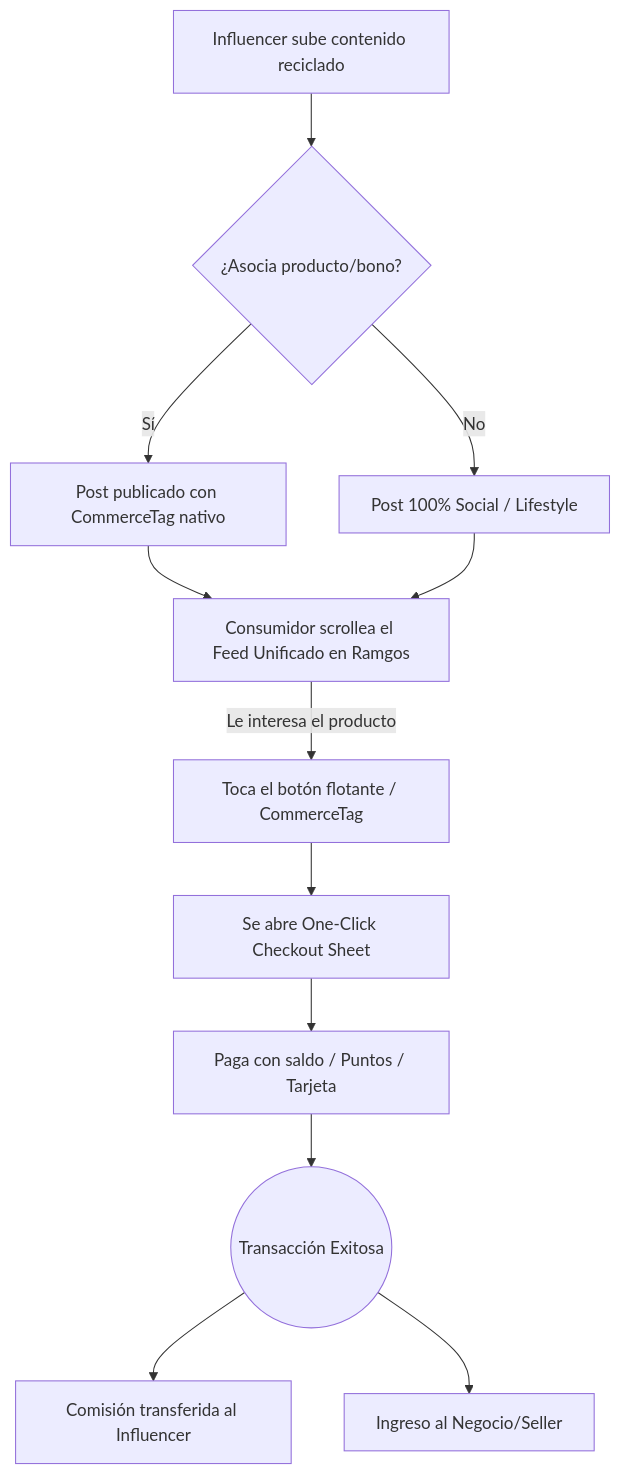
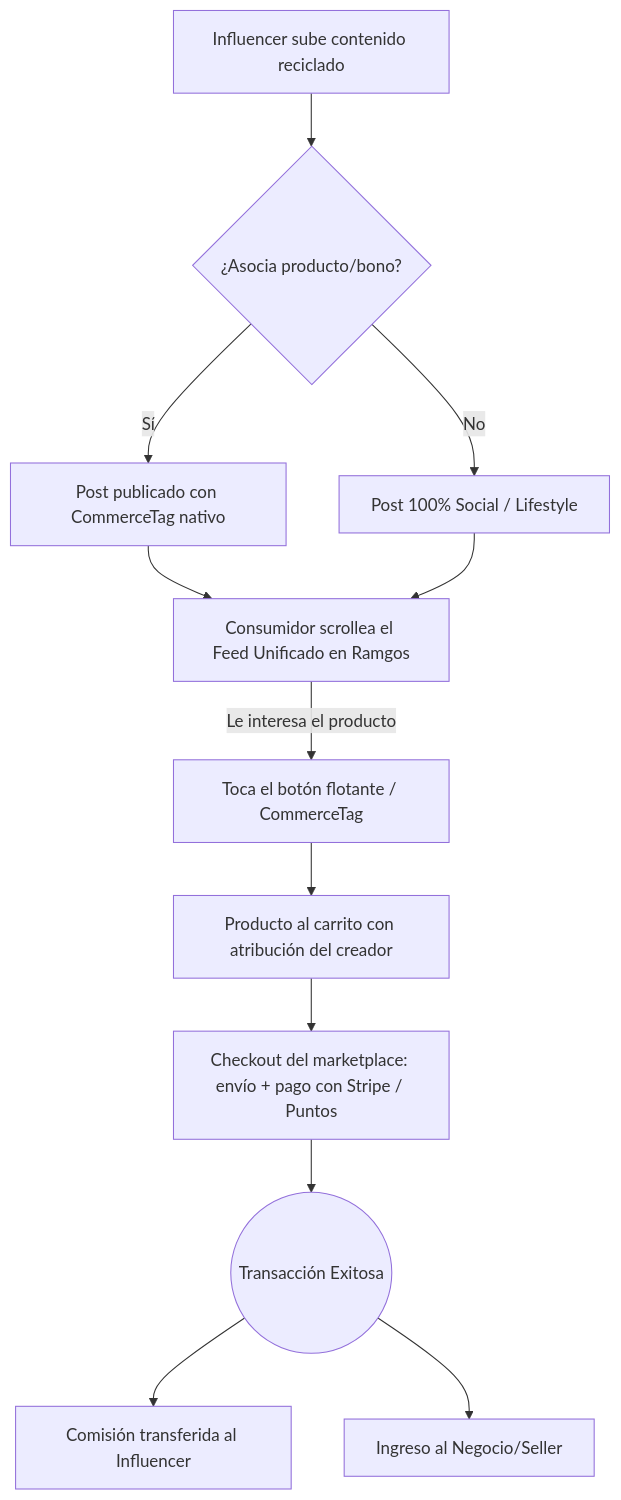
One commit to fclaiba/ramgosmobile3 changed the diagram in docs/ARQUITECTURA_SOCIAL_COMMERCE.md. Above: the diagram before and after it, drawn with Mermaid. The commit also changed other lines of this file and 111 other files, not shown here.

Commit message:
feat: implement social commerce architecture including communities, messaging, social feed, and gamified points system

````diff
--- a/docs/ARQUITECTURA_SOCIAL_COMMERCE.md
+++ b/docs/ARQUITECTURA_SOCIAL_COMMERCE.md
@@ -38,17 +41,17 @@
 ```mermaid
 graph TD
     A[Influencer sube contenido reciclado] --> B{¿Asocia producto/bono?}
     B -- Sí --> C[Post publicado con CommerceTag nativo]
     B -- No --> D[Post 100% Social / Lifestyle]
     
     C --> E[Consumidor scrollea el Feed Unificado en Ramgos]
     D --> E
     
     E --> |Le interesa el producto| F[Toca el botón flotante / CommerceTag]
-    F --> G[Se abre One-Click Checkout Sheet]
-    G --> H[Paga con saldo / Puntos / Tarjeta]
+    F --> G[Producto al carrito con atribución del creador]
+    G --> H[Checkout del marketplace: envío + pago con Stripe / Puntos]
     
     H --> I((Transacción Exitosa))
     I --> J[Comisión transferida al Influencer]
     I --> K[Ingreso al Negocio/Seller]
 ```
````
